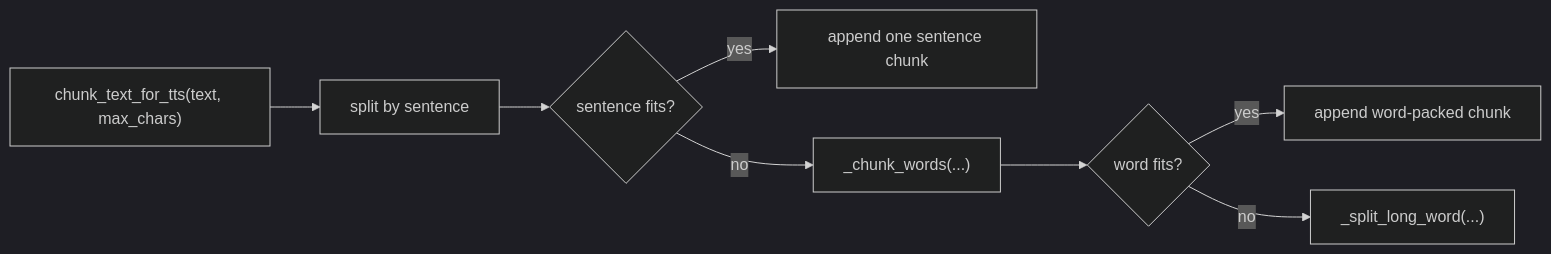
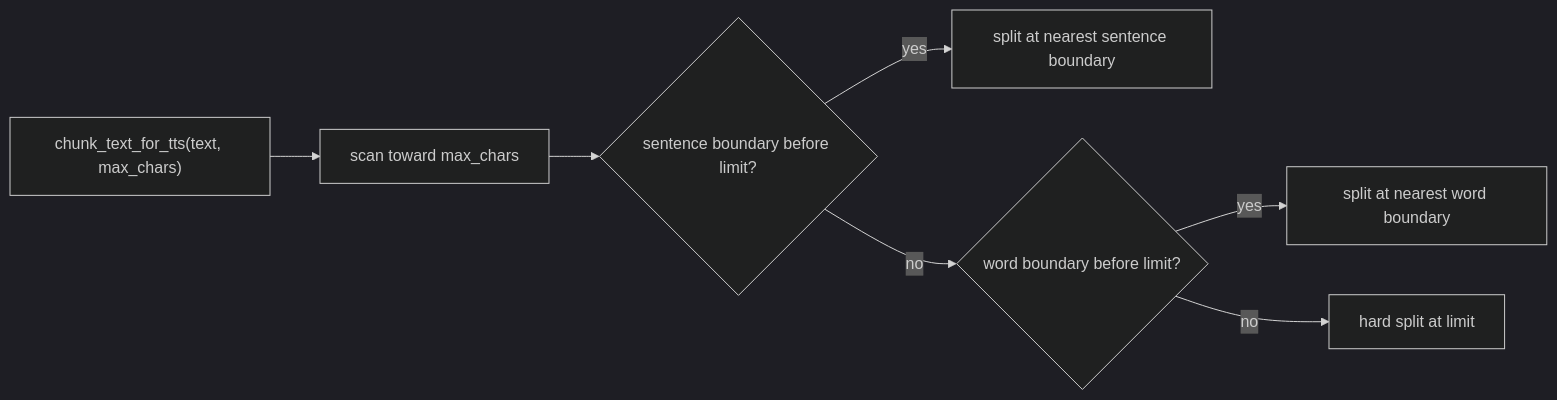
One commit to gaelic-ghost/speak-to-user changed the eighth of 8 diagrams in WORKFLOWS.md. Above: the diagram before and after it, drawn with Mermaid (dark theme). The commit also changed other lines of this file and 1 other file, not shown here.

Commit message:
Refresh roadmap and workflow docs

````diff
--- a/WORKFLOWS.md
+++ b/WORKFLOWS.md
@@ -83,10 +132,9 @@
 ```mermaid
 flowchart LR
-    A["chunk_text_for_tts(text, max_chars)"] --> B["split by sentence"]
-    B --> C{"sentence fits?"}
-    C -->|yes| D["append one sentence chunk"]
-    C -->|no| E["_chunk_words(...)"]
-    E --> F{"word fits?"}
-    F -->|yes| G["append word-packed chunk"]
-    F -->|no| H["_split_long_word(...)"]
+    A["chunk_text_for_tts(text, max_chars)"] --> B["scan toward max_chars"]
+    B --> C{"sentence boundary before limit?"}
+    C -->|yes| D["split at nearest sentence boundary"]
+    C -->|no| E{"word boundary before limit?"}
+    E -->|yes| F["split at nearest word boundary"]
+    E -->|no| G["hard split at limit"]
 ```
````
